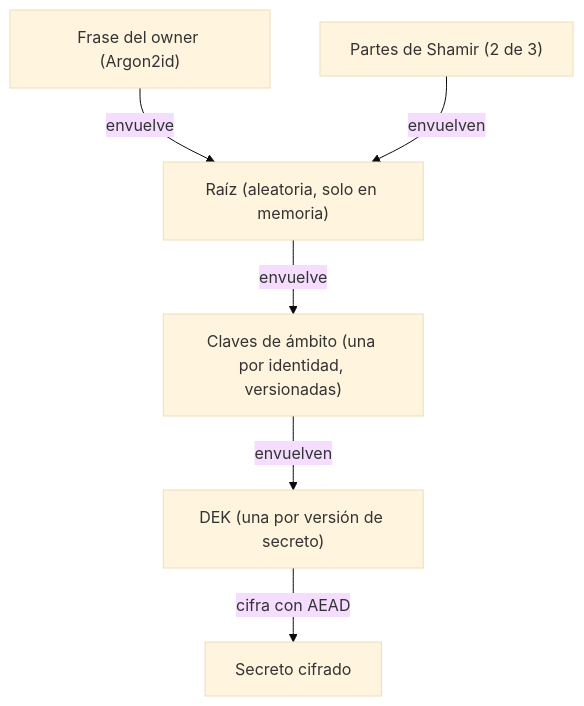
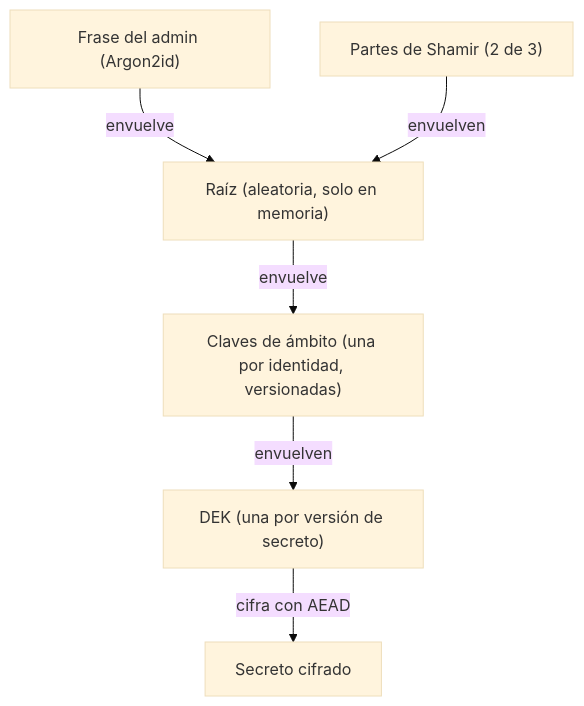
The second of 7 diagrams in docs/hecate.md (xandro30/Cerbero), drawn with Mermaid (base theme) before and after one commit. The commit also changed other lines of this file and 57 other files, not shown here.

````diff
--- a/docs/hecate.md
+++ b/docs/hecate.md
@@ -67,8 +67,8 @@
 ```mermaid
 flowchart TB
-    Frase["Frase del owner (Argon2id)"] -- envuelve --> Raiz
+    Frase["Frase del admin (Argon2id)"] -- envuelve --> Raiz
     Shamir["Partes de Shamir (2 de 3)"] -- envuelven --> Raiz
     Raiz["Raíz (aleatoria, solo en memoria)"] -- envuelve --> Ambito["Claves de ámbito (una por identidad, versionadas)"]
     Ambito -- envuelven --> DEK["DEK (una por versión de secreto)"]
     DEK -- "cifra con AEAD" --> Dato["Secreto cifrado"]
 ```
````
